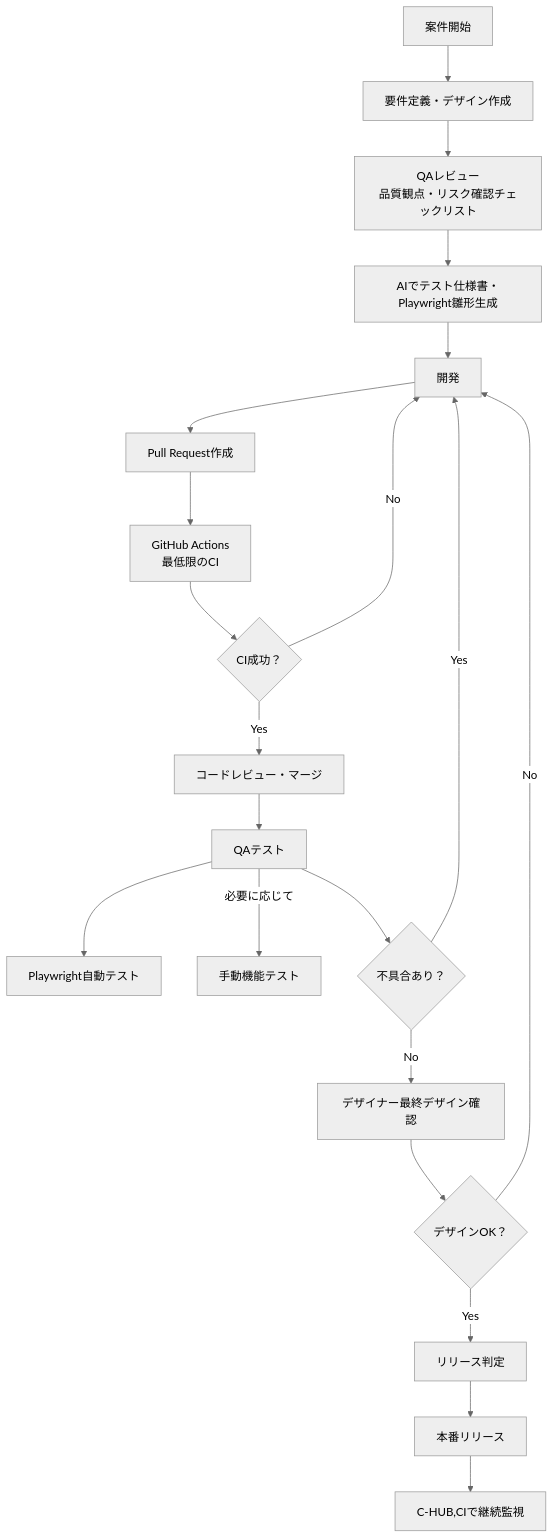
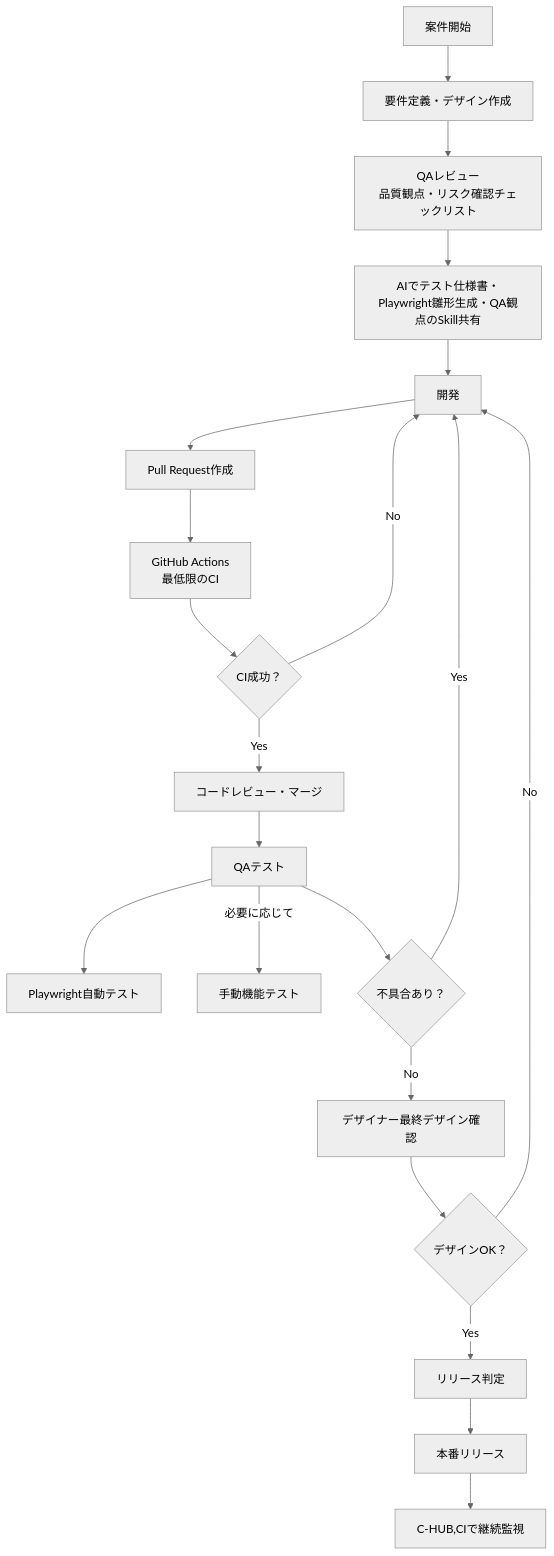
The diagram in テスト設計/デザイナーフロー.md (kamoshicka/ShiftLeft), drawn with Mermaid (neutral theme) before and after one commit.

````diff
--- a/テスト設計/デザイナーフロー.md
+++ b/テスト設計/デザイナーフロー.md
@@ -1,36 +1,36 @@
 ```mermaid
 flowchart TD
     A[案件開始]
 
     A --> B[要件定義・デザイン作成]
     B --> C[QAレビュー<br/>品質観点・リスク確認チェックリスト]
 
-    C --> D[AIでテスト仕様書・Playwright雛形生成]
+    C --> D[AIでテスト仕様書・Playwright雛形生成・QA観点のSkill共有]
 
     D --> E[開発]
     E --> F[Pull Request作成]
 
     F --> G[GitHub Actions<br/>最低限のCI]
     G --> H{CI成功？}
 
     H -- No --> E
     H -- Yes --> I[コードレビュー・マージ]
 
     I --> J[QAテスト]
 
     J --> J1[Playwright自動テスト]
     J -- 必要に応じて --> J2[手動機能テスト]
 
     J --> K{不具合あり？}
 
     K -- Yes --> E
     K -- No --> L[デザイナー最終デザイン確認]
 
     L --> M{デザインOK？}
 
     M -- No --> E
     M -- Yes --> N[リリース判定]
 
     N --> O[本番リリース]
     O --> P[C-HUB,CIで継続監視]
 ```
````
